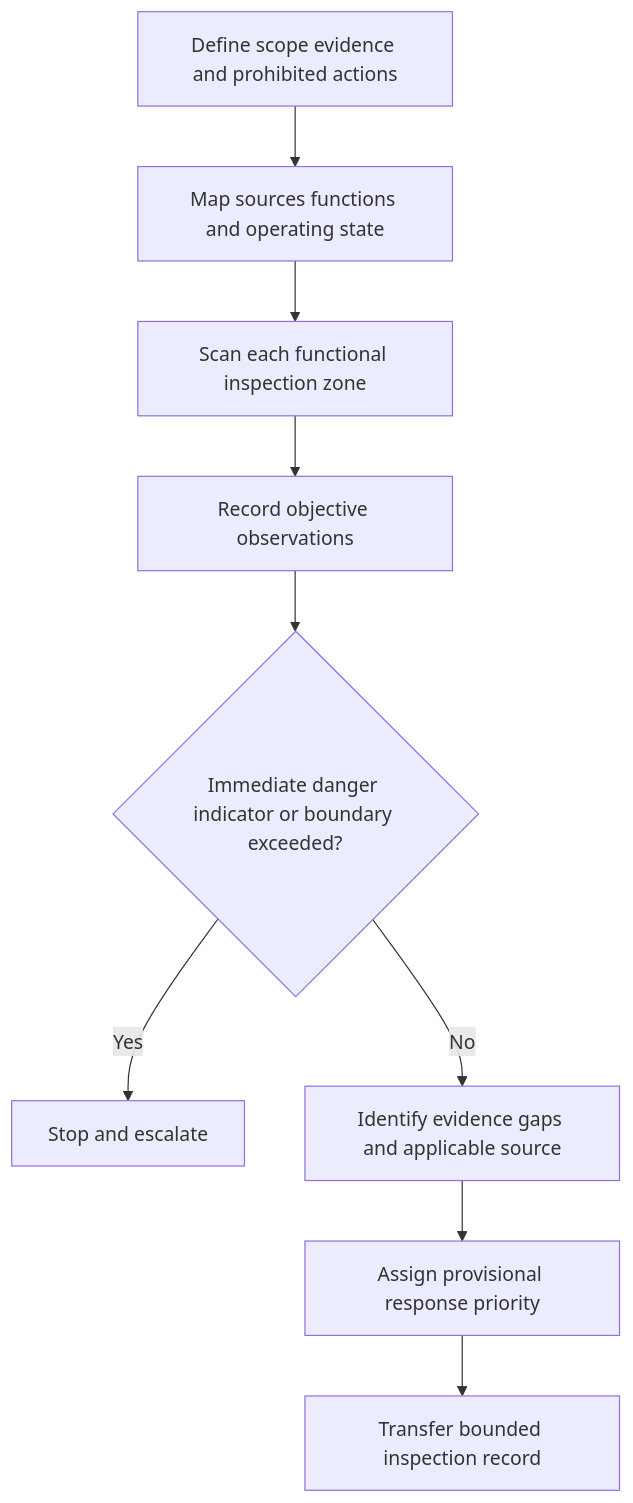
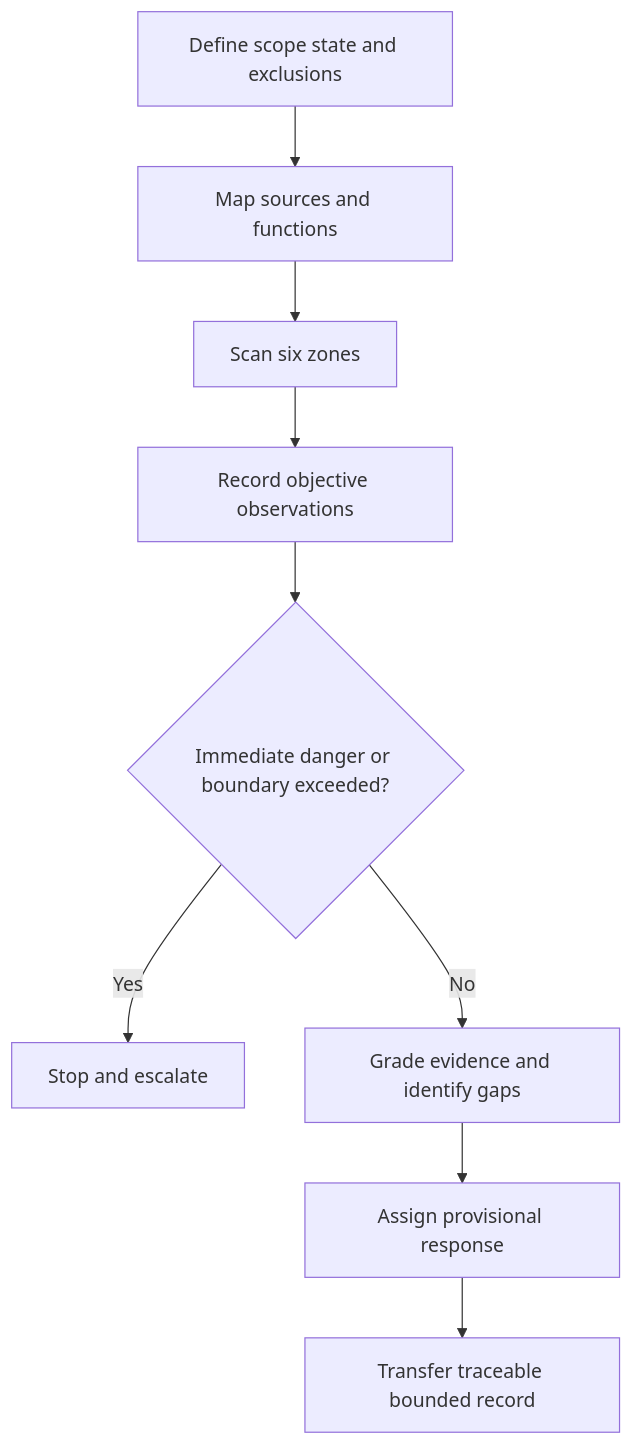
The diagram in docs/learning-plans/4-week/modules/day-21-week-3-simulated-visual-inspection.md (andrew3stedall/capstone), drawn with Mermaid before and after one commit. The commit also changed other lines of this file, not shown here.

Commit message:
Improve Day 21 simulated inspection module

````diff
--- a/docs/learning-plans/4-week/modules/day-21-week-3-simulated-visual-inspection.md
+++ b/docs/learning-plans/4-week/modules/day-21-week-3-simulated-visual-inspection.md
@@ -142,11 +72,11 @@
 ```mermaid
 flowchart TD
-    A["Define scope evidence and prohibited actions"] --> B["Map sources functions and operating state"]
-    B --> C["Scan each functional inspection zone"]
-    C --> D["Record objective observations"]
-    D --> E{"Immediate danger indicator or boundary exceeded?"}
-    E -- Yes --> F["Stop and escalate"]
-    E -- No --> G["Identify evidence gaps and applicable source"]
-    G --> H["Assign provisional response priority"]
-    H --> I["Transfer bounded inspection record"]
+    A[Define scope state and exclusions] --> B[Map sources and functions]
+    B --> C[Scan six zones]
+    C --> D[Record objective observations]
+    D --> E{Immediate danger or boundary exceeded?}
+    E -- Yes --> F[Stop and escalate]
+    E -- No --> G[Grade evidence and identify gaps]
+    G --> H[Assign provisional response]
+    H --> I[Transfer traceable bounded record]
 ```
````
